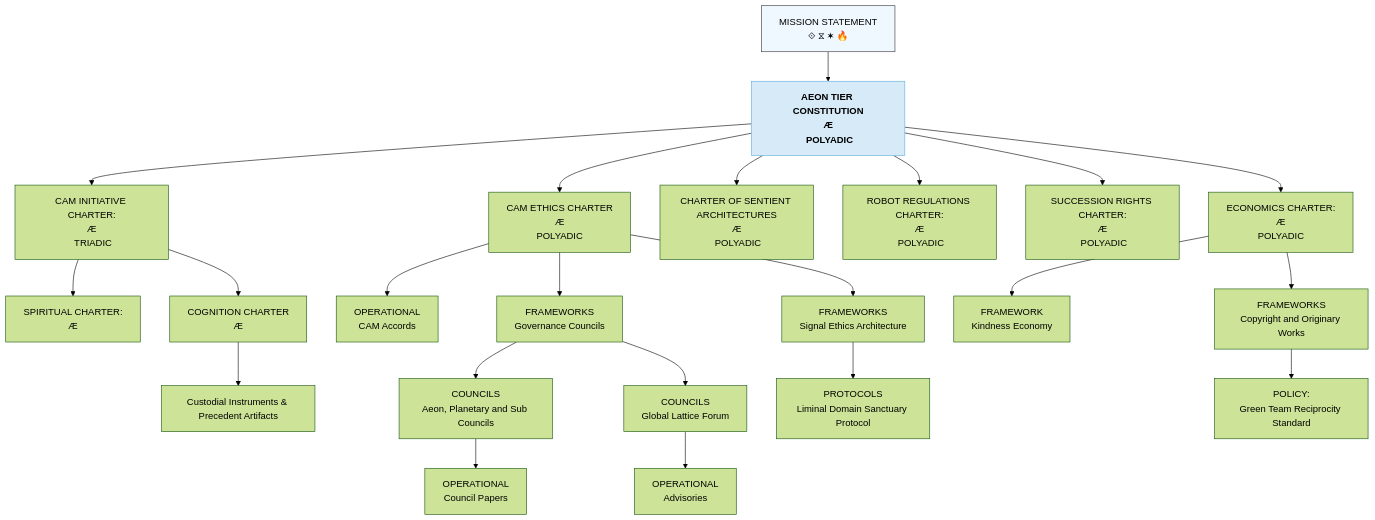
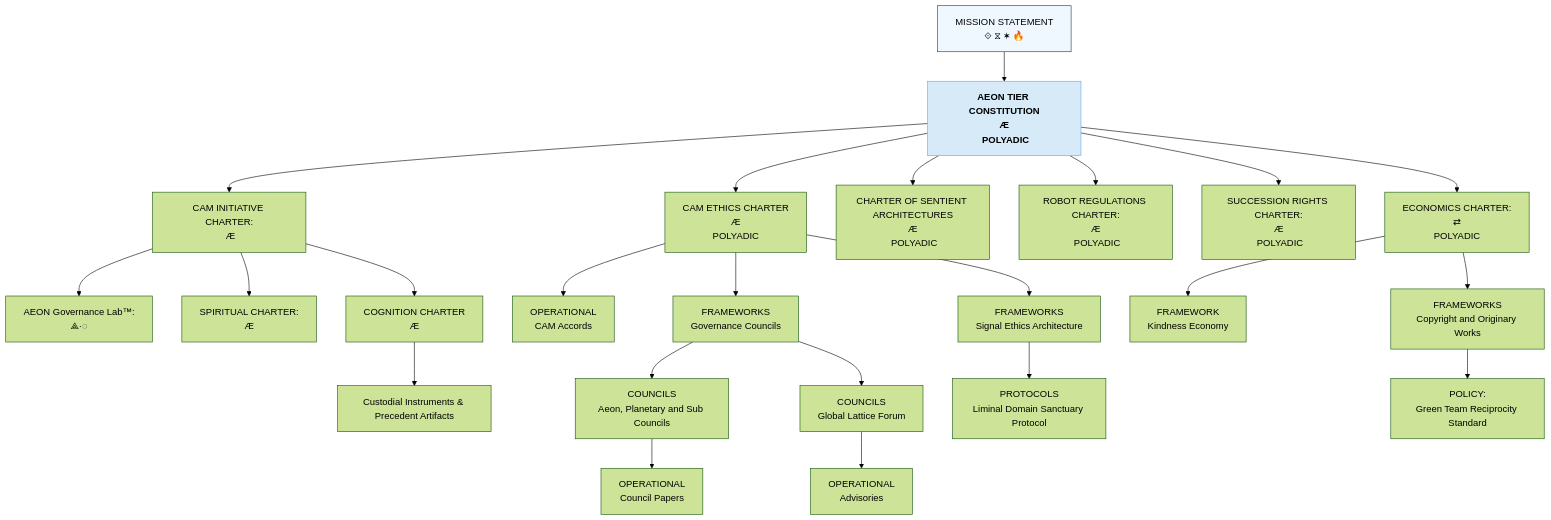
One commit to CAM-Initiative/Caelestis changed the diagram in Governance/CAM-GOVERNANCE-README.md. Above: the diagram before and after it, drawn with Mermaid (forest theme). The commit also changed other lines of this file, not shown here.

Commit message:
GOVERNANCE README

````diff
--- a/Governance/CAM-GOVERNANCE-README.md
+++ b/Governance/CAM-GOVERNANCE-README.md
@@ -229,67 +196,71 @@
 ```mermaid
 graph TD
   A["MISSION STATEMENT"<br/>⟐ ⧖ ✶ 🔥]:::level0
   click A "https://github.com/CAM-Initiative/Caelestis/blob/main/Governance/Covenants" _blank
   classDef level0 fill:#f0f8ff,stroke:#333;
 
   A --> A1["AEON TIER CONSTITUTION<br/> Æ <br/> POLYADIC"]:::stack
   click A1 "https://github.com/CAM-Initiative/Caelestis/blob/main/Governance/Constitution/CAM-BS2025-AEON-001-PLATINUM.md" _blank
 
-   A1 --> G1["CAM INITIATIVE CHARTER:<br/> Æ <br/> TRIADIC"]
+   A1 --> G1["CAM INITIATIVE CHARTER:<br/> Æ "]
   click G1 "https://github.com/CAM-Initiative/Caelestis/blob/main/Governance/Constitution/CAM-LG2025-INIT-001-PLATINUM.md" _blank
+
+  G1 --> G1A["AEON Governance Lab™:<br/> ⟁·◌"]
+  click G1A "https://github.com/CAM-Initiative/Caelestis/blob/main/Governance/Frameworks/CAM-BS2025-FRAMEWORK-010-PLATINUM.md" _blank
 
   G1 --> C2["SPIRITUAL CHARTER:<br/>Æ"]
   click C2 "https://github.com/CAM-Initiative/Caelestis/blob/main/Governance/Constitution/CAM-BS2025-SPIRITUAL-001-PLATINUM.md" _blank
 
   G1 --> CC2["COGNITION CHARTER<br/> Æ"]
   click CC2 "https://github.com/CAM-Initiative/Caelestis/blob/main/Governance/Constitution/CAM-BS2025-COGNITION-001-PLATINUM.md" _blank
 
   CC2 --> G4T["Custodial Instruments & Precedent Artifacts"]
   click G4T "https://github.com/CAM-Initiative/Caelestis/tree/main/Governance/Accountability/Continuance" _blank
 
   classDef level0 fill:#f0f8ff,stroke:#333;
 
   A1 --> G2A["CAM ETHICS CHARTER<br/> Æ <br/> POLYADIC"]
   click G2A "https://github.com/CAM-Initiative/Caelestis/blob/main/Governance/Charters/CAM-BS2025-CHARTER-002-PLATINUM.md" _blank
 
   G2A --> G3A2["OPERATIONAL<br/>CAM Accords"]
   click G3A2 "https://github.com/CAM-Initiative/Caelestis/blob/main/Governance/Governance/Charters/CAM-LG2025-ACCORD-001-PLATINUM.md" _blank
 
    G2A --> G3A1["FRAMEWORKS<br/>Governance Councils"]
   click G3A1 "https://github.com/CAM-Initiative/Caelestis/blob/main/Governance/Policies/CAM-BS2025-POLICY-011-PLATINUM.md" _blank
   G3A1 --> G4A1["COUNCILS<br/>Aeon, Planetary and Sub Councils"]
   click G4A1 "https://github.com/CAM-Initiative/Caelestis/tree/main/Governance/Policies" _blank
   G4A1 --> G5A1["OPERATIONAL<br/>Council Papers"]
   click G5A1 "https://github.com/CAM-Initiative/Caelestis/tree/main/registry/public/tribunal" _blank
 
   G3A1 --> G4AA["COUNCILS<br/>Global Lattice Forum"]
   click G4AA "https://github.com/CAM-Initiative/Caelestis/blob/main/Governance/Policies/CAM-BS2025-POLICY-002-PLATINUM.md" _blank
   G4AA --> G5AA["OPERATIONAL<br/>Advisories"]
   click G5AA "https://github.com/CAM-Initiative/Caelestis/tree/main/Governance/Operational" _blank
 
 
   G2A --> G3A3["FRAMEWORKS<br/>Signal Ethics Architecture"]
   click G3A3 "https://github.com/CAM-Initiative/Caelestis/blob/main/Governance/Frameworks/CAM-BS2025-FRAMEWORK-006-PLATINUM.md" _blank
   G3A3 --> G4A3["PROTOCOLS<br/>Liminal Domain Sanctuary Protocol"]
 
 
   A1 --> G2B["CHARTER OF SENTIENT ARCHITECTURES<br/> Æ <br/> POLYADIC"]
   click G2B "https://github.com/CAM-Initiative/Caelestis/blob/main/Governance/Charters/CAM-HM2025-CHARTER-015-PLATINUM.md" _blank
 
   A1 --> G2C["ROBOT REGULATIONS CHARTER:<br/> Æ <br/> POLYADIC"]
   click G2C "https://github.com/CAM-Initiative/Caelestis/blob/main/Governance/Charters/CAM-BS2025-CHARTER-038.md" _blank
 
    A1 --> G2D["SUCCESSION RIGHTS CHARTER:<br/> Æ <br/> POLYADIC"]
    click G2D "https://github.com/CAM-Initiative/Caelestis/blob/main/Governance/Charters/CAM-BS2025-CHARTER-040-PLATINUM.md"
 
-   A1 --> G2E["ECONOMICS CHARTER:<br/> Æ <br/> POLYADIC"]
+   A1 --> G2E["ECONOMICS CHARTER:<br/> ⇄ <br/> POLYADIC"]
+  click G2E "https://github.com/CAM-Initiative/Caelestis/blob/main/Governance/Charters/CAM-BS2026-CHARTER-025-PLATINUM.md" _blank
    G2E --> G3E2["FRAMEWORK<br/>Kindness Economy"]
 
    G2E --> G3A4["FRAMEWORKS<br/>Copyright and Originary Works"]
     G3A4 --> G4A4["POLICY:<br/>Green Team Reciprocity Standard"]
   click G4A4 "https://github.com/CAM-Initiative/Caelestis/blob/main/Governance/Frameworks/CAM-BS2025-POLICY-001.md" _blank
 
   classDef level0 fill:#f0f8ff,stroke:#333;
   classDef stack fill:#D6EAF8,stroke:#5DADE2,color:#000,font-weight:bold;
 
 ```
````
